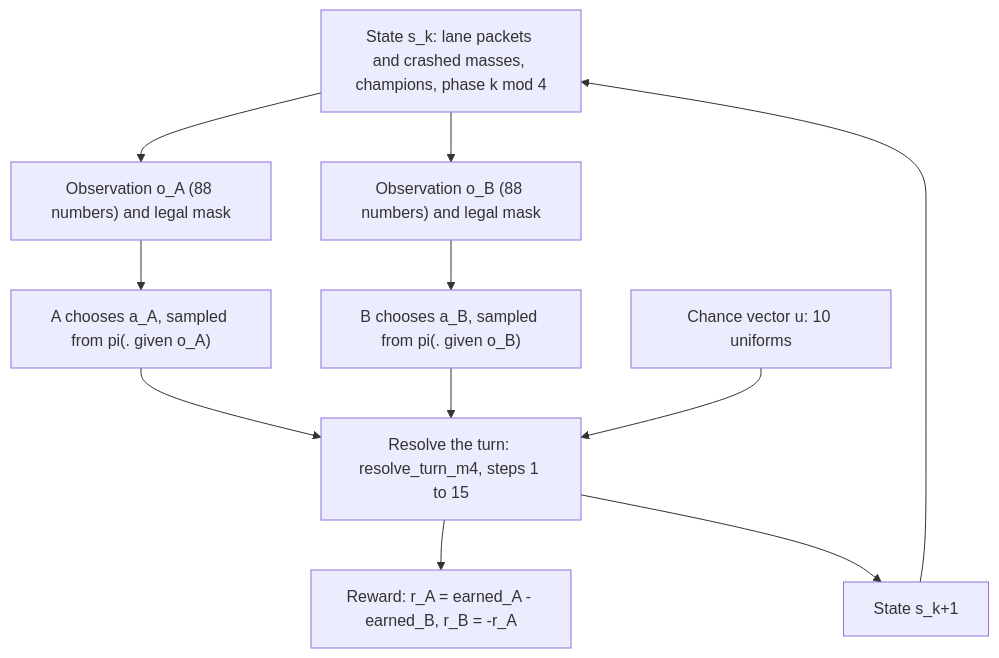
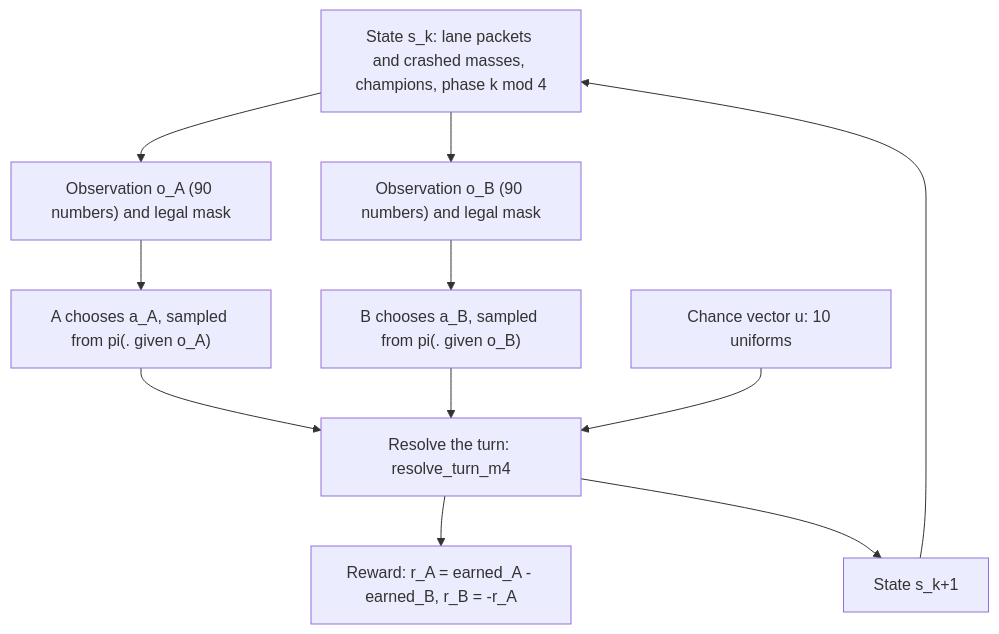
One commit to jcj1337/lol_laning_gt_rl changed the first of 5 diagrams in docs/m4/laning_game_mathematical_reference.md. Above: the diagram before and after it, drawn with Mermaid. The commit also changed other lines of this file and 19 other files, not shown here.

````diff
--- a/docs/m4/laning_game_mathematical_reference.md
+++ b/docs/m4/laning_game_mathematical_reference.md
@@ -189,13 +192,13 @@
 ```mermaid
 flowchart TD
-    S["State s_k: lane packets and crashed masses, champions, phase k mod 4"] --> OA["Observation o_A (88 numbers) and legal mask"]
-    S --> OB["Observation o_B (88 numbers) and legal mask"]
+    S["State s_k: lane packets and crashed masses, champions, phase k mod 4"] --> OA["Observation o_A (90 numbers) and legal mask"]
+    S --> OB["Observation o_B (90 numbers) and legal mask"]
     OA --> AA["A chooses a_A, sampled from pi(. given o_A)"]
     OB --> AB["B chooses a_B, sampled from pi(. given o_B)"]
-    AA --> R["Resolve the turn: resolve_turn_m4, steps 1 to 15"]
+    AA --> R["Resolve the turn: resolve_turn_m4"]
     AB --> R
     U["Chance vector u: 10 uniforms"] --> R
     R --> RW["Reward: r_A = earned_A - earned_B, r_B = -r_A"]
     R --> S2["State s_k+1"]
     S2 --> S
 ```
````
